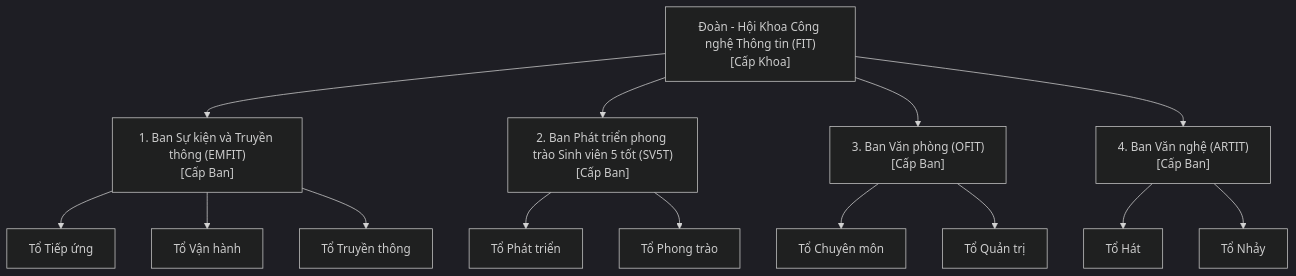
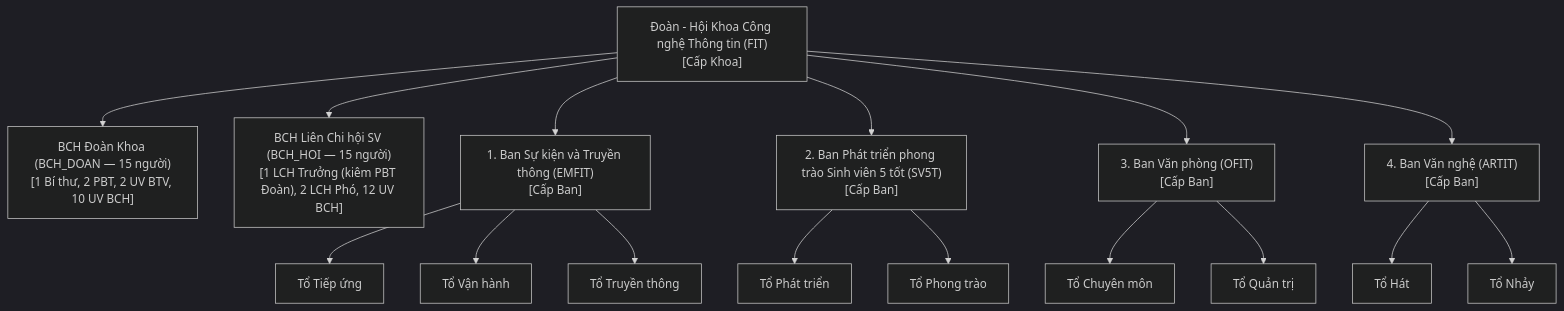
Before and after one commit to tuong149/YITZone: the third of 18 diagrams in document/SRS_YITZone.md, drawn with Mermaid (dark theme). The commit also changed other lines of this file and 392 other files, not shown here.

````diff
--- a/document/SRS_YITZone.md
+++ b/document/SRS_YITZone.md
@@ -174,22 +174,25 @@
 ```mermaid
 flowchart TD
     FIT["Đoàn - Hội Khoa Công nghệ Thông tin (FIT)\n[Cấp Khoa]"]
+
+    FIT --> BCH_DOAN["BCH Đoàn Khoa (BCH_DOAN — 15 người)\n[1 Bí thư, 2 PBT, 2 UV BTV, 10 UV BCH]"]
+    FIT --> BCH_HOI["BCH Liên Chi hội SV (BCH_HOI — 15 người)\n[1 LCH Trưởng (kiêm PBT Đoàn), 2 LCH Phó, 12 UV BCH]"]
 
     FIT --> EMFIT["1. Ban Sự kiện và Truyền thông (EMFIT)\n[Cấp Ban]"]
     FIT --> SV5T["2. Ban Phát triển phong trào Sinh viên 5 tốt (SV5T)\n[Cấp Ban]"]
     FIT --> OFIT["3. Ban Văn phòng (OFIT)\n[Cấp Ban]"]
     FIT --> ARTIT["4. Ban Văn nghệ (ARTIT)\n[Cấp Ban]"]
 
     EMFIT --> EMFIT_TU["Tổ Tiếp ứng"]
     EMFIT --> EMFIT_VH["Tổ Vận hành"]
     EMFIT --> EMFIT_TT["Tổ Truyền thông"]
 
     SV5T --> SV5T_PT["Tổ Phát triển"]
     SV5T --> SV5T_PTr["Tổ Phong trào"]
 
     OFIT --> OFIT_CM["Tổ Chuyên môn"]
     OFIT --> OFIT_QT["Tổ Quản trị"]
 
     ARTIT --> ARTIT_H["Tổ Hát"]
     ARTIT --> ARTIT_N["Tổ Nhảy"]
 ```
````
